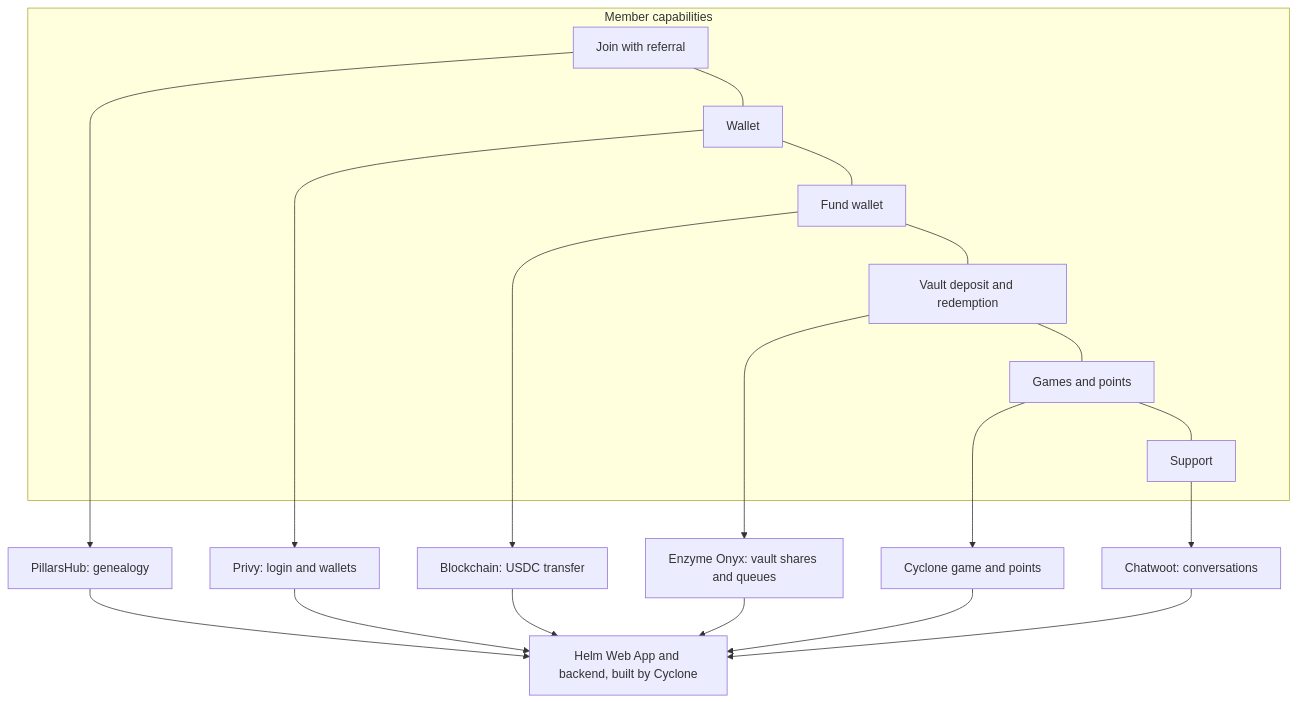
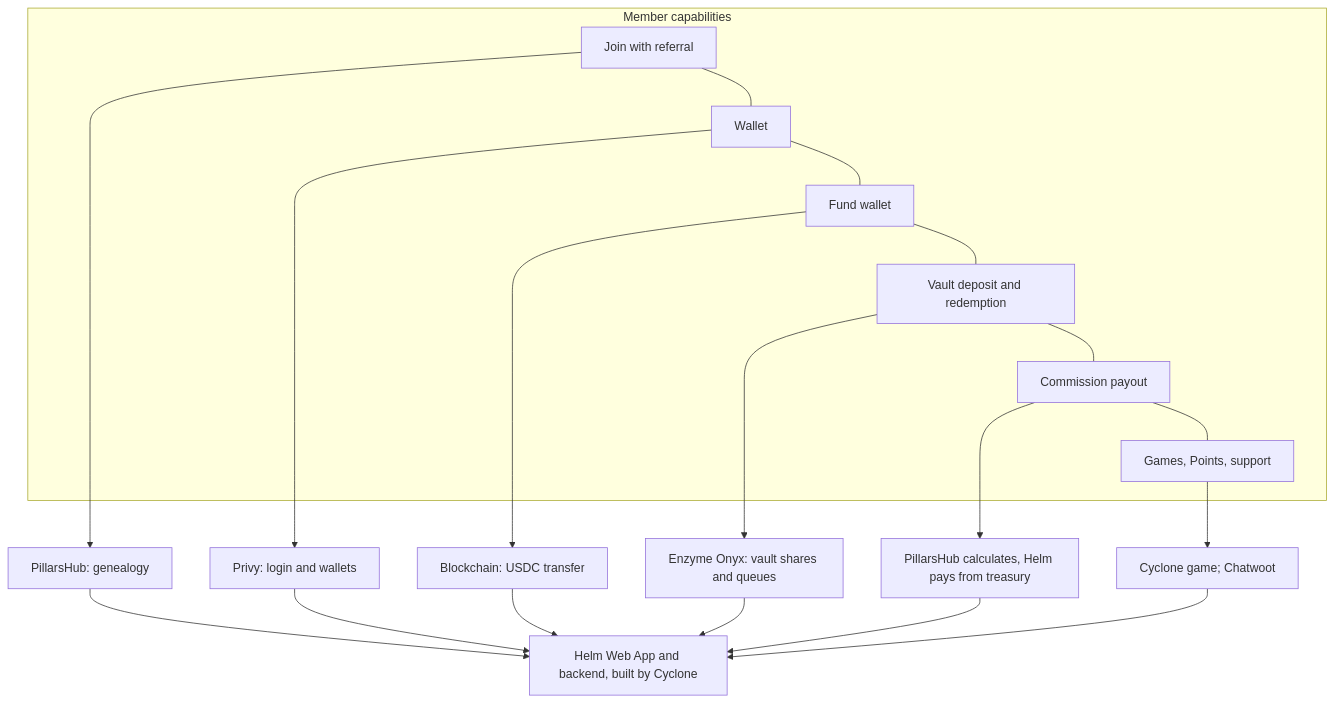
The first of 2 diagrams in work/vi/part1-en.md (lpham/Helm-Phase-0), drawn with Mermaid before and after one commit. The commit also changed other lines of this file and 19 other files, not shown here.

````diff
--- a/work/vi/part1-en.md
+++ b/work/vi/part1-en.md
@@ -66,13 +72,13 @@
 ```{.mermaid #fig-capabilities caption="Business capabilities, the platform that provides each, and what Cyclone builds."}
 flowchart TB
   subgraph Member capabilities
-    A[Join with referral] --- B[Wallet] --- C[Fund wallet] --- D[Vault deposit and redemption] --- E[Games and points] --- F[Support]
+    A[Join with referral] --- B[Wallet] --- C[Fund wallet] --- D[Vault deposit and redemption] --- E[Commission payout] --- F[Games, Points, support]
   end
   A --> PH[PillarsHub: genealogy]
   B --> PV[Privy: login and wallets]
   C --> CH[Blockchain: USDC transfer]
   D --> ON[Enzyme Onyx: vault shares and queues]
-  E --> GM[Cyclone game and points]
-  F --> CW[Chatwoot: conversations]
-  PH & PV & CH & ON & GM & CW --> HB[Helm Web App and backend, built by Cyclone]
+  E --> PC[PillarsHub calculates, Helm pays from treasury]
+  F --> CW[Cyclone game; Chatwoot]
+  PH & PV & CH & ON & PC & CW --> HB[Helm Web App and backend, built by Cyclone]
 ```
````
